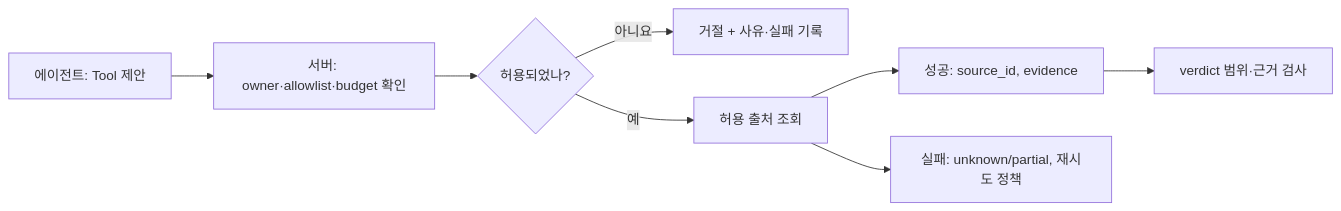
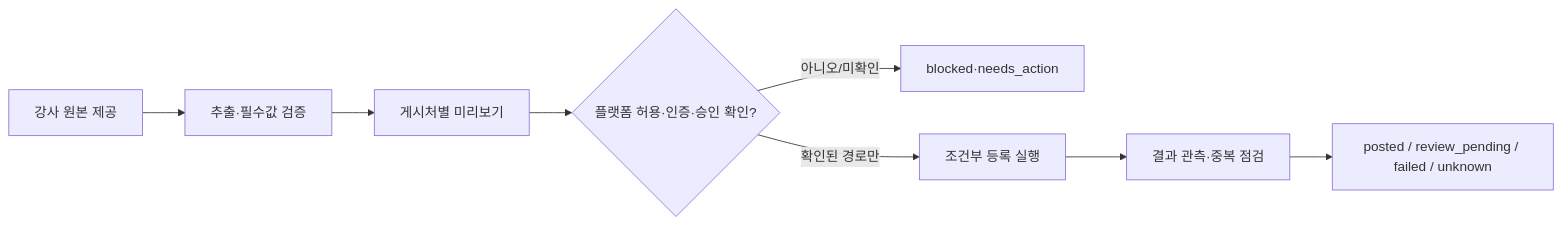
The diagram in docs/step2/API_설계_문서.md (ik-e/chaja-you), drawn with Mermaid before and after one commit. The commit also changed other lines of this file, not shown here.

````diff
--- a/docs/step2/API_설계_문서.md
+++ b/docs/step2/API_설계_문서.md
@@ -339,10 +135,10 @@
 ```mermaid
 flowchart LR
-  A["에이전트: Tool 제안"] --> B["서버: owner·allowlist·budget 확인"]
-  B --> C{"허용되었나?"}
-  C -->|아니요| D["거절 + 사유·실패 기록"]
-  C -->|예| E["허용 출처 조회"]
-  E --> F["성공: source_id, evidence"]
-  E --> G["실패: unknown/partial, 재시도 정책"]
-  F --> H["verdict 범위·근거 검사"]
+  A[강사 원본 제공] --> B[추출·필수값 검증]
+  B --> C[게시처별 미리보기]
+  C --> D{플랫폼 허용·인증·승인 확인?}
+  D -- 아니오/미확인 --> E[blocked·needs_action]
+  D -- 확인된 경로만 --> F[조건부 등록 실행]
+  F --> G[결과 관측·중복 점검]
+  G --> H[posted / review_pending / failed / unknown]
 ```
````
